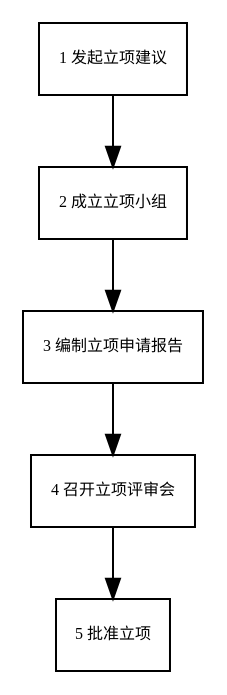
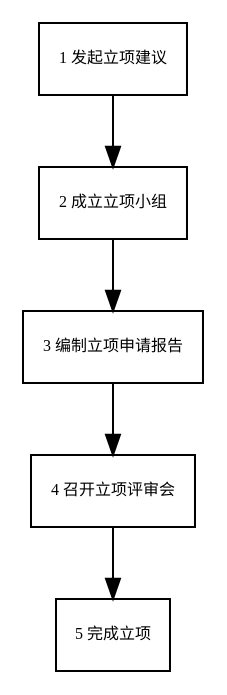
Before and after one commit to cruiurc/cruiurc.github.io: the diagram in source/work/lp/asset/立项流程.rst, drawn with Graphviz. The commit also changed other lines of this file and 1 other file, not shown here.

```diff
--- a/source/work/lp/asset/立项流程.rst
+++ b/source/work/lp/asset/立项流程.rst
@@ -41,15 +41,15 @@
 .. graphviz::
 
     digraph 立项{
       {
         发起立项建议 [shape=box fontsize=8 label="1 发起立项建议"];
         成立立项小组 [shape=box fontsize=8 label="2 成立立项小组"];
         编制立项申请报告 [shape=box fontsize=8 label="3 编制立项申请报告"];
         召开立项评审会 [shape=box fontsize=8 label="4 召开立项评审会"];
-        批准立项 [shape=box fontsize=8 label="5 批准立项"];
+        完成立项 [shape=box fontsize=8 label="5 完成立项"];
       }
         发起立项建议 -> 成立立项小组;
         成立立项小组 -> 编制立项申请报告;
         编制立项申请报告 -> 召开立项评审会;
-        召开立项评审会 -> 批准立项;
+        召开立项评审会 -> 完成立项;
     }
```
